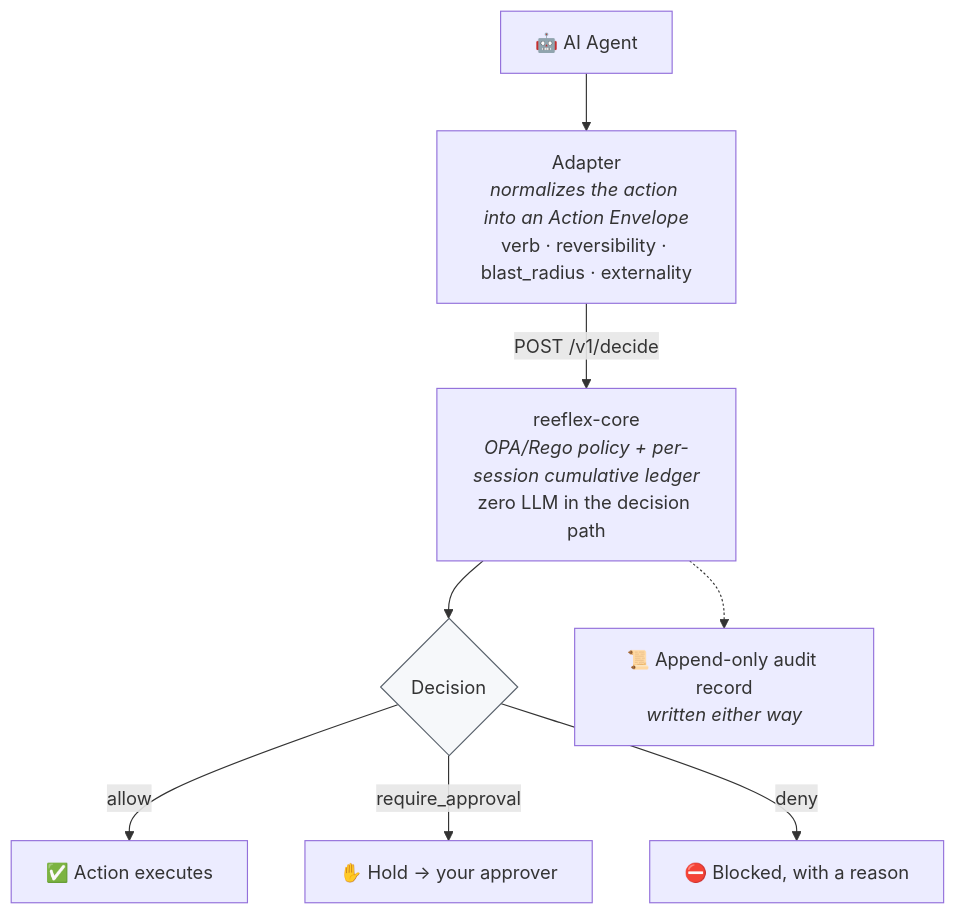
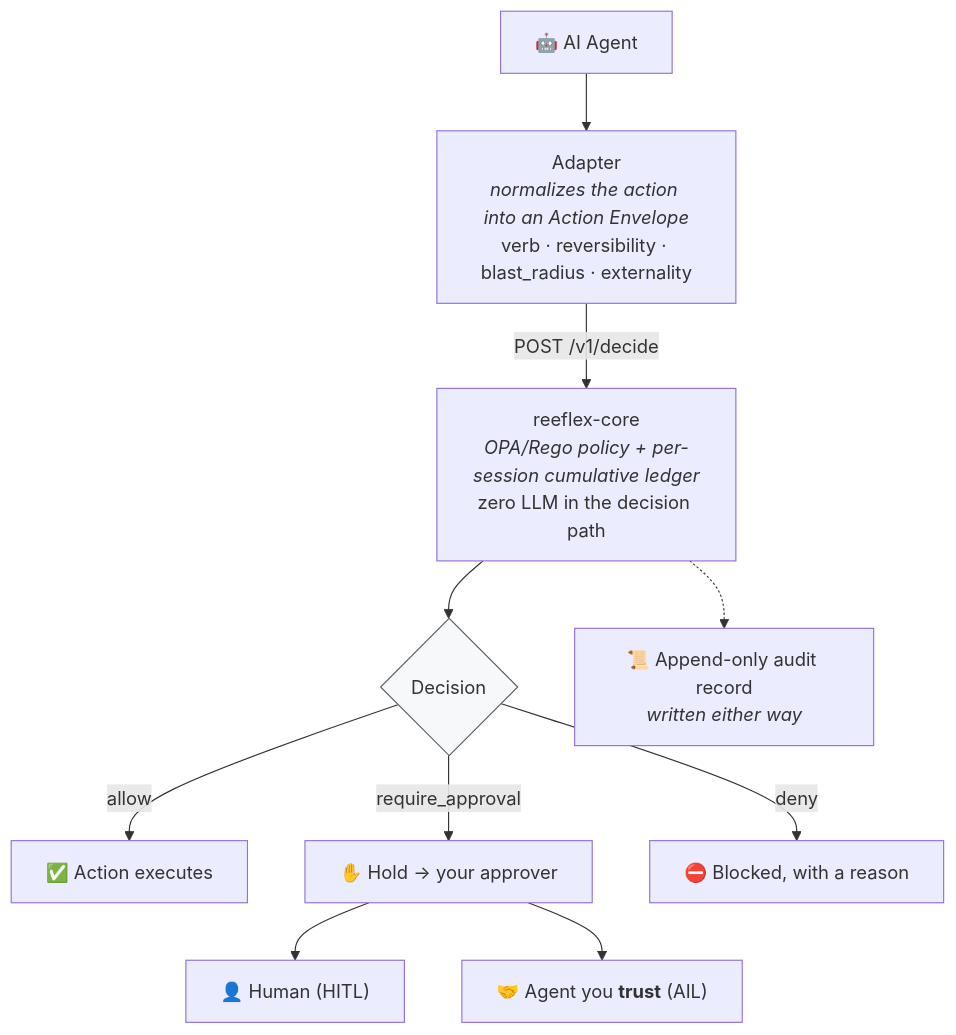
Before and after one commit to Reeflex-io/reeflex: the diagram in README.md, drawn with Mermaid. The commit also changed other lines of this file, not shown here.

First line of the commit message:
docs(readme): surface HITL/AIL approvers in the How-it-works diagram

````diff
--- a/README.md
+++ b/README.md
@@ -95,11 +95,13 @@
 ```mermaid
 flowchart TD
     A["🤖 AI Agent"] --> B["Adapter<br/><i>normalizes the action into an Action Envelope</i><br/>verb · reversibility · blast_radius · externality"]
     B -- "POST /v1/decide" --> C["reeflex-core<br/><i>OPA/Rego policy + per-session cumulative ledger</i><br/>zero LLM in the decision path"]
     C --> D{Decision}
     D -- allow --> E["✅ Action executes"]
     D -- require_approval --> F["✋ Hold → your approver"]
+    F --> HU["👤 Human (HITL)"]
+    F --> AG["🤝 Agent you <b>trust</b> (AIL)"]
     D -- deny --> G["⛔ Blocked, with a reason"]
     C -.-> H["📜 Append-only audit record<br/><i>written either way</i>"]
     style D fill:#f6f8fa,stroke:#57606a
 ```
````
